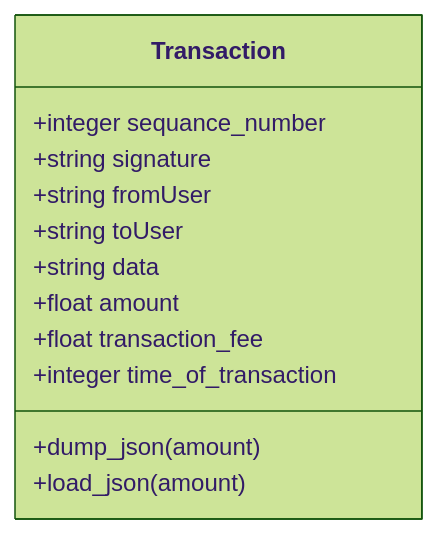
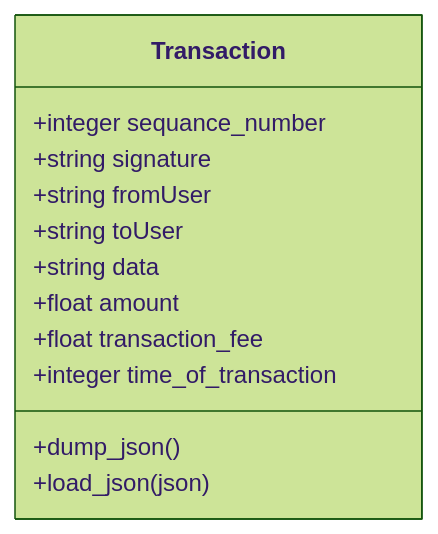
Before and after one commit to Naruno/Naruno: the first of 2 diagrams in docs/concepts/transactions.md, drawn with Mermaid (forest theme).

Commit message:
docs: Fixed the transactions concept function arguments

````diff
--- a/docs/concepts/transactions.md
+++ b/docs/concepts/transactions.md
@@ -24,15 +24,15 @@
 ```mermaid
 classDiagram
     class Transaction
     Transaction : +integer sequance_number
     Transaction : +string signature
     Transaction : +string fromUser
     Transaction : +string toUser
     Transaction : +string data
     Transaction : +float amount
     Transaction : +float transaction_fee
     Transaction : +integer time_of_transaction
-    Transaction : +dump_json(amount)
-    Transaction : +load_json(amount)
+    Transaction : +dump_json()
+    Transaction : +load_json(json)
 
 ```
````
